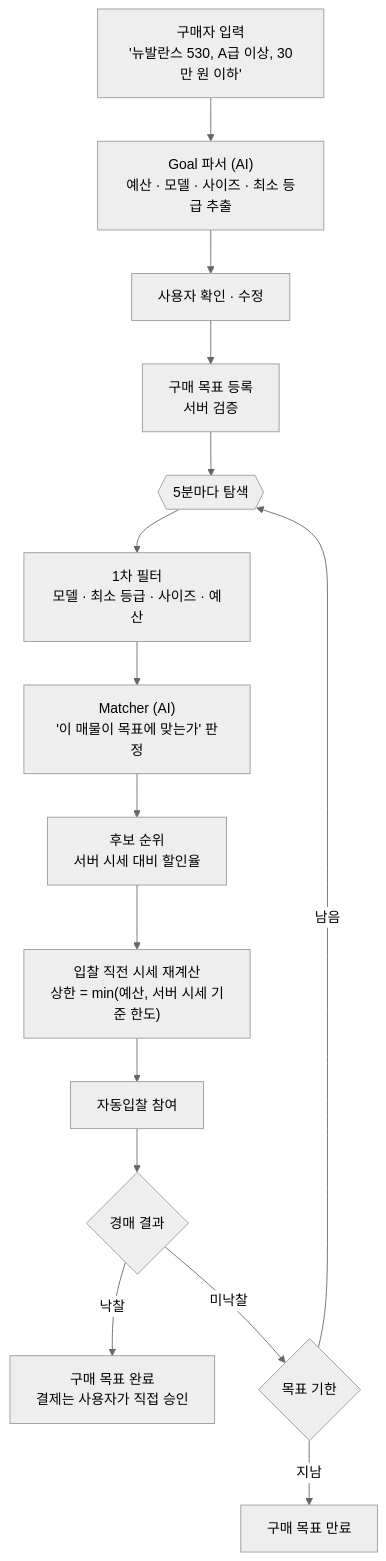
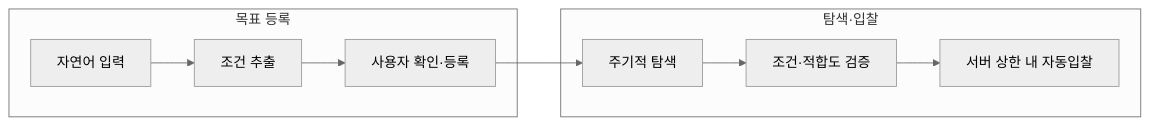
The diagram in README.md (hamyeon/autique-be-ai), drawn with Mermaid (neutral theme) before and after one commit. The commit also changed other lines of this file and 1 other file, not shown here.

````diff
--- a/README.md
+++ b/README.md
@@ -24,19 +77,10 @@
 ```mermaid
-flowchart TD
-    A["구매자 입력<br>'뉴발란스 530, A급 이상, 30만 원 이하'"] --> B["Goal 파서 (AI)<br>예산 · 모델 · 사이즈 · 최소 등급 추출"]
-    B --> C["사용자 확인 · 수정"]
-    C --> D["구매 목표 등록<br>서버 검증"]
-
-    D --> E{{"5분마다 탐색"}}
-    E --> F["1차 필터<br>모델 · 최소 등급 · 사이즈 · 예산"]
-    F --> G["Matcher (AI)<br>'이 매물이 목표에 맞는가' 판정"]
-    G --> H["후보 순위<br>서버 시세 대비 할인율"]
-    H --> I["입찰 직전 시세 재계산<br>상한 = min(예산, 서버 시세 기준 한도)"]
-    I --> J["자동입찰 참여"]
-
-    J --> K{"경매 결과"}
-    K -- "낙찰" --> L["구매 목표 완료<br>결제는 사용자가 직접 승인"]
-    K -- "미낙찰" --> M{"목표 기한"}
-    M -- "남음" --> E
-    M -- "지남" --> N["구매 목표 만료"]
+flowchart LR
+    subgraph S1["목표 등록"]
+        A["자연어 입력"] --> B["조건 추출"] --> C["사용자 확인·등록"]
+    end
+    subgraph S2["탐색·입찰"]
+        D["주기적 탐색"] --> E["조건·적합도 검증"] --> F["서버 상한 내 자동입찰"]
+    end
+    C --> D
 ```
````
